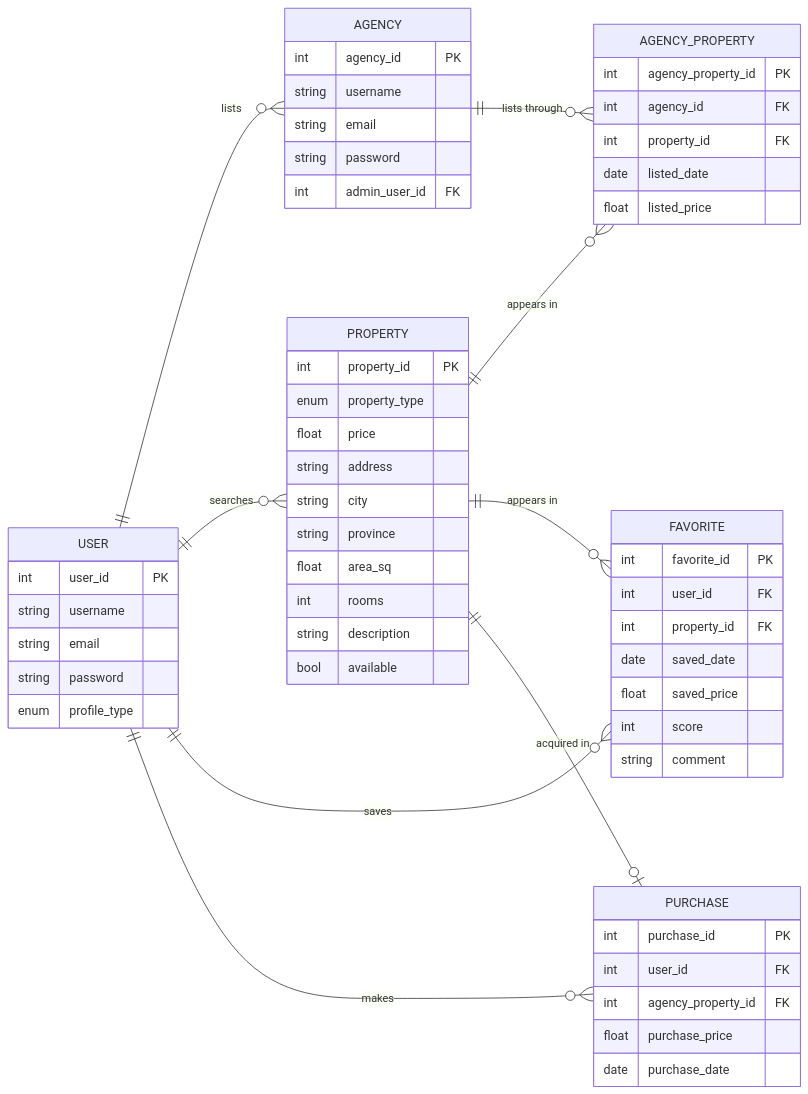
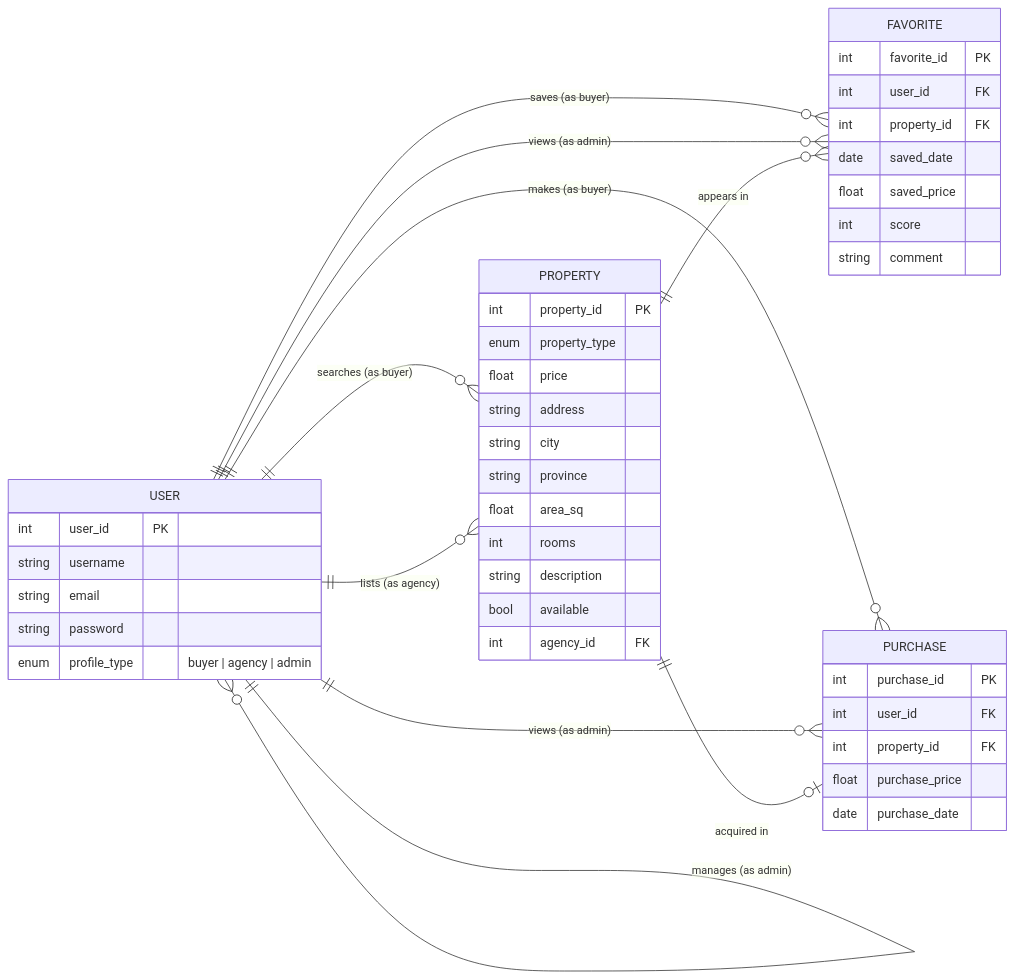
One commit to 2026c1-pdes-grupo4/.github changed the diagram in profile/README.md. Above: the diagram before and after it, drawn with Mermaid.

Commit message:
chore: sync DER.mmd into README

````diff
--- a/profile/README.md
+++ b/profile/README.md
@@ -7,69 +7,54 @@
 ```mermaid
 erDiagram
 	direction LR
 	USER {
 		int user_id PK
 		string username
 		string email
 		string password
-		enum profile_type
+		enum profile_type "buyer | agency | admin"
 	}
 
-	AGENCY {
-		int agency_id PK
-		string username
-		string email
-        string password
-        int admin_user_id FK
-    }
-
-    PROPERTY {
-        int property_id PK
-        enum property_type
-        float price
-        string address
-        string city
-        string province
-        float area_sq
-        int rooms
-        string description
-        bool available
-    }
-
-    AGENCY_PROPERTY {
-        int agency_property_id PK
-        int agency_id FK
-        int property_id FK
-        date listed_date
-        float listed_price
-    }
+	PROPERTY {
+		int property_id PK
+		enum property_type
+		float price
+		string address
+		string city
+		string province
+		float area_sq
+		int rooms
+		string description
+		bool available
+		int agency_id FK
+	}
 
 	FAVORITE {
 		int favorite_id PK
 		int user_id FK
 		int property_id FK
 		date saved_date
-        float saved_price
+		float saved_price
 		int score
 		string comment
 	}
 
 	PURCHASE {
 		int purchase_id PK
 		int user_id FK
-		int agency_property_id FK
+		int property_id FK
 		float purchase_price
 		date purchase_date
 	}
 
-    USER||--o{AGENCY:"lists"
-    USER||--o{PROPERTY:"searches"
-    USER||--o{FAVORITE:"saves"
-    USER||--o{PURCHASE:"makes"
-    AGENCY||--o{AGENCY_PROPERTY:"lists through"
-    PROPERTY||--o{AGENCY_PROPERTY:"appears in"
-    PROPERTY||--o{FAVORITE:"appears in"
-    PROPERTY||--o|PURCHASE:"acquired in"
-
+	USER||--o{PROPERTY:"searches (as buyer)"
+	USER||--o{FAVORITE:"saves (as buyer)"
+	USER||--o{PURCHASE:"makes (as buyer)"
+	USER||--o{PROPERTY:"lists (as agency)"
+	USER||--o{USER:"manages (as admin)"
+	USER||--o{FAVORITE:"views (as admin)"
+	USER||--o{PURCHASE:"views (as admin)"
+	PROPERTY||--o{FAVORITE:"appears in"
+	PROPERTY||--o|PURCHASE:"acquired in"
 
 ```
````
